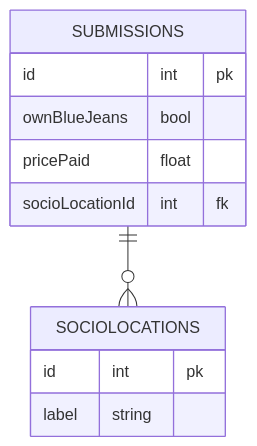
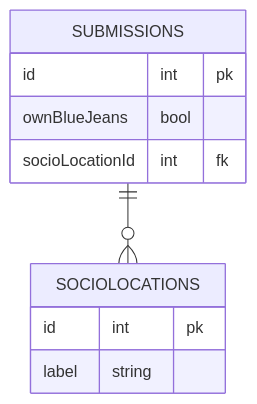
The diagram in book-4-kneel-diamonds/chapters/IJ_JSON_SERVER.md (nashville-software-school/client-side-mastery), drawn with Mermaid before and after one commit. The commit also changed other lines of this file and 4 other files, not shown here.

````diff
--- a/book-4-kneel-diamonds/chapters/IJ_JSON_SERVER.md
+++ b/book-4-kneel-diamonds/chapters/IJ_JSON_SERVER.md
@@ -34,14 +33,13 @@
 ```mermaid
 erDiagram
     SUBMISSIONS ||--o{ SOCIOLOCATIONS : ""
     SUBMISSIONS {
         id int pk
         ownBlueJeans bool
-        pricePaid float
         socioLocationId int fk
     }
     SOCIOLOCATIONS {
         id int pk
         label string
     }
 ```
````
